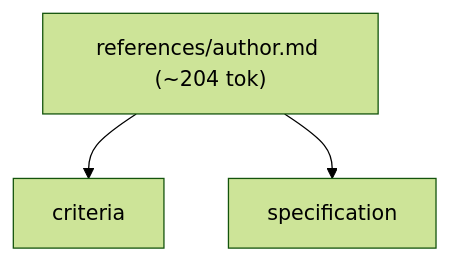
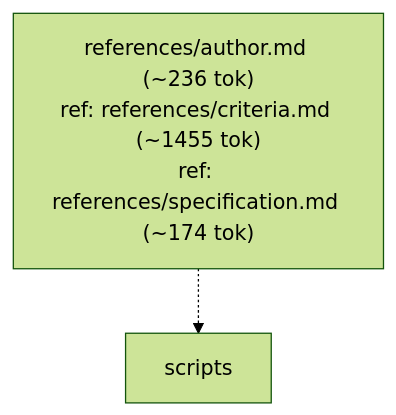
The second of 4 diagrams in skills/varde-agent-doc-authoring/FLOW.md (alecegg/varde), drawn with Mermaid (forest theme) before and after one commit. The commit also changed other lines of this file and 269 other files, not shown here.

````diff
--- a/skills/varde-agent-doc-authoring/FLOW.md
+++ b/skills/varde-agent-doc-authoring/FLOW.md
@@ -40,8 +35,6 @@
 ```mermaid
 flowchart TD
-  n0["references/author.md (~204 tok)"]
-  n1["criteria"]
-  n2["specification"]
-  n0 --> n1
-  n0 --> n2
+  n0["references/author.md (~236 tok)<br/>ref: references/criteria.md (~1455 tok)<br/>ref: references/specification.md (~174 tok)"]
+  n1["scripts"]
+  n0 -.-> n1
 ```
````
